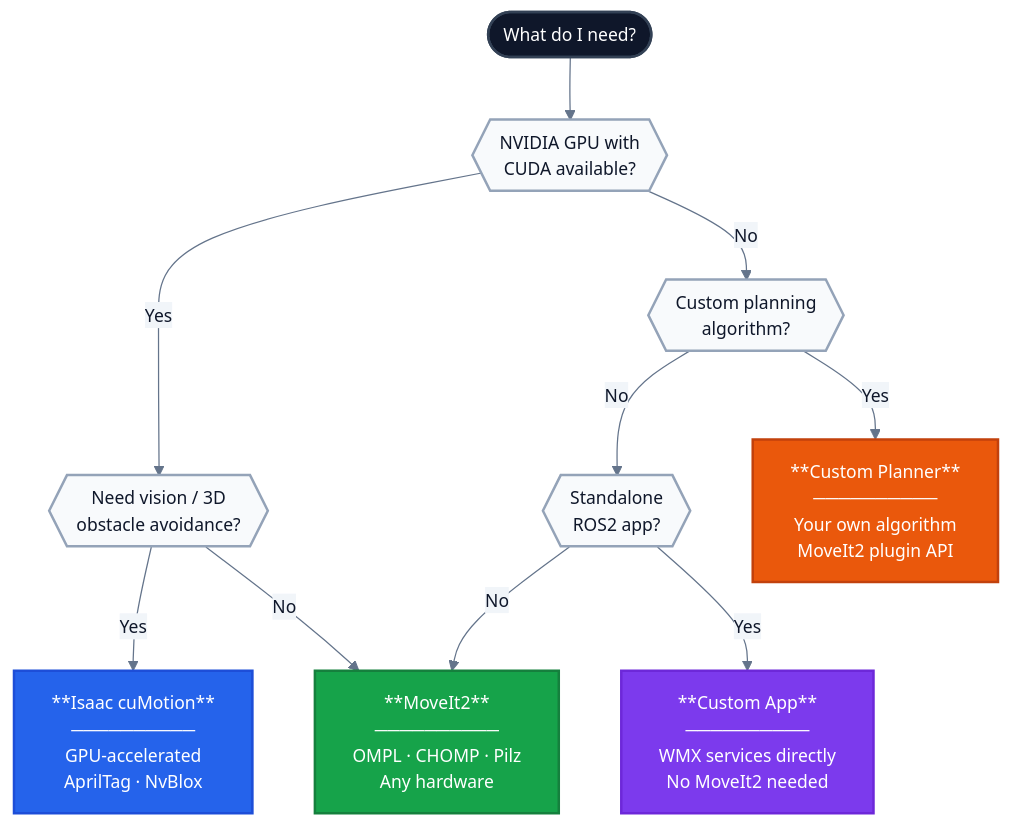
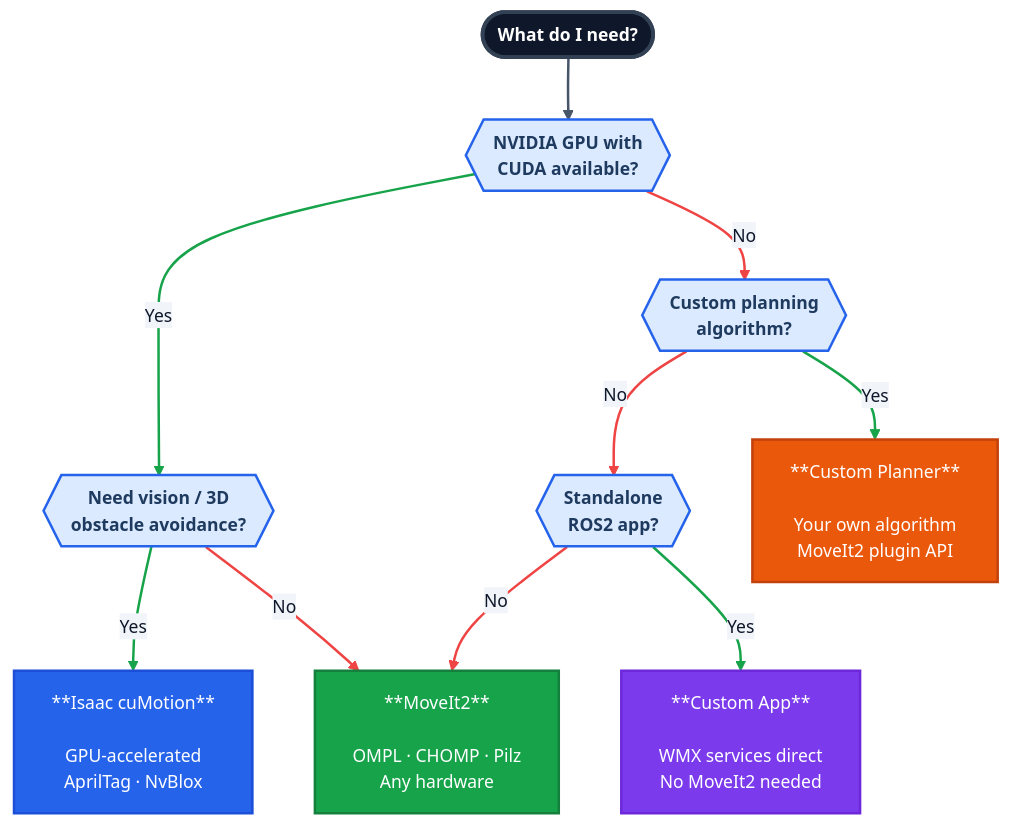
Before and after one commit to movensys/wmx_ros2_doc: the diagram in doc/integration/integration.rst, drawn with Mermaid.

```diff
--- a/doc/integration/integration.rst
+++ b/doc/integration/integration.rst
@@ -8,40 +8,54 @@
 .. mermaid::
    :caption: Integration — which scenario fits your use case?
    :zoom:
 
-   %%{init: {"theme": "base", "themeVariables": {"primaryColor": "#2563eb", "primaryTextColor": "#0f172a", "primaryBorderColor": "#1e40af", "lineColor": "#64748b", "fontSize": "14px", "edgeLabelBackground": "#f1f5f9", "tertiaryColor": "#f1f5f9"}}}%%
+   %%{init: {"theme": "base", "themeVariables": {"primaryColor": "#2563eb", "primaryTextColor": "#0f172a", "primaryBorderColor": "#1e40af", "lineColor": "#475569", "fontSize": "14px", "edgeLabelBackground": "#f1f5f9", "tertiaryColor": "#f1f5f9"}}}%%
    flowchart TD
-       START(["What do I need?"])
+       START([" What do I need? "])
 
        Q1{{"NVIDIA GPU with<br/>CUDA available?"}}
        Q2{{"Need vision / 3D<br/>obstacle avoidance?"}}
        Q3{{"Custom planning<br/>algorithm?"}}
        Q4{{"Standalone<br/>ROS2 app?"}}
 
-       R_MV["**MoveIt2**<br/>──────────<br/>OMPL · CHOMP · Pilz<br/>Any hardware"]
-       R_CU["**Isaac cuMotion**<br/>──────────<br/>GPU-accelerated<br/>AprilTag · NvBlox"]
-       R_CP["**Custom Planner**<br/>──────────<br/>Your own algorithm<br/>MoveIt2 plugin API"]
-       R_CA["**Custom App**<br/>──────────<br/>WMX services directly<br/>No MoveIt2 needed"]
+       R_MV["**MoveIt2**<br/><br/>OMPL · CHOMP · Pilz<br/>Any hardware"]
+       R_CU["**Isaac cuMotion**<br/><br/>GPU-accelerated<br/>AprilTag · NvBlox"]
+       R_CP["**Custom Planner**<br/><br/>Your own algorithm<br/>MoveIt2 plugin API"]
+       R_CA["**Custom App**<br/><br/>WMX services direct<br/>No MoveIt2 needed"]
 
        START --> Q1
        Q1 -->|"Yes"| Q2
        Q1 -->|"No"| Q3
 
        Q2 -->|"Yes"| R_CU
        Q2 -->|"No"| R_MV
 
        Q3 -->|"Yes"| R_CP
        Q3 -->|"No"| Q4
 
        Q4 -->|"Yes"| R_CA
        Q4 -->|"No"| R_MV
 
-       style R_MV fill:#16a34a,stroke:#15803d,stroke-width:2px,color:#fff
-       style R_CU fill:#2563eb,stroke:#1d4ed8,stroke-width:2px,color:#fff
-       style R_CP fill:#ea580c,stroke:#c2410c,stroke-width:2px,color:#fff
-       style R_CA fill:#7c3aed,stroke:#6d28d9,stroke-width:2px,color:#fff
-       style START fill:#0f172a,stroke:#334155,stroke-width:2px,color:#fff
-       style Q1 fill:#f8fafc,stroke:#94a3b8,stroke-width:2px,color:#0f172a
-       style Q2 fill:#f8fafc,stroke:#94a3b8,stroke-width:2px,color:#0f172a
-       style Q3 fill:#f8fafc,stroke:#94a3b8,stroke-width:2px,color:#0f172a
-       style Q4 fill:#f8fafc,stroke:#94a3b8,stroke-width:2px,color:#0f172a
+       classDef startNode fill:#0f172a,stroke:#334155,stroke-width:3px,color:#fff,font-weight:bold
+       classDef question fill:#dbeafe,stroke:#2563eb,stroke-width:2px,color:#1e3a5f,font-weight:bold
+       classDef moveit fill:#16a34a,stroke:#15803d,stroke-width:2px,color:#fff
+       classDef cumotion fill:#2563eb,stroke:#1d4ed8,stroke-width:2px,color:#fff
+       classDef custom fill:#ea580c,stroke:#c2410c,stroke-width:2px,color:#fff
+       classDef customapp fill:#7c3aed,stroke:#6d28d9,stroke-width:2px,color:#fff
+
+       class START startNode
+       class Q1,Q2,Q3,Q4 question
+       class R_MV moveit
+       class R_CU cumotion
+       class R_CP custom
+       class R_CA customapp
+
+       linkStyle 0 stroke:#475569,stroke-width:2px
+       linkStyle 1 stroke:#16a34a,stroke-width:2px
+       linkStyle 2 stroke:#ef4444,stroke-width:2px
+       linkStyle 3 stroke:#16a34a,stroke-width:2px
+       linkStyle 4 stroke:#ef4444,stroke-width:2px
+       linkStyle 5 stroke:#16a34a,stroke-width:2px
+       linkStyle 6 stroke:#ef4444,stroke-width:2px
+       linkStyle 7 stroke:#16a34a,stroke-width:2px
+       linkStyle 8 stroke:#ef4444,stroke-width:2px
```
